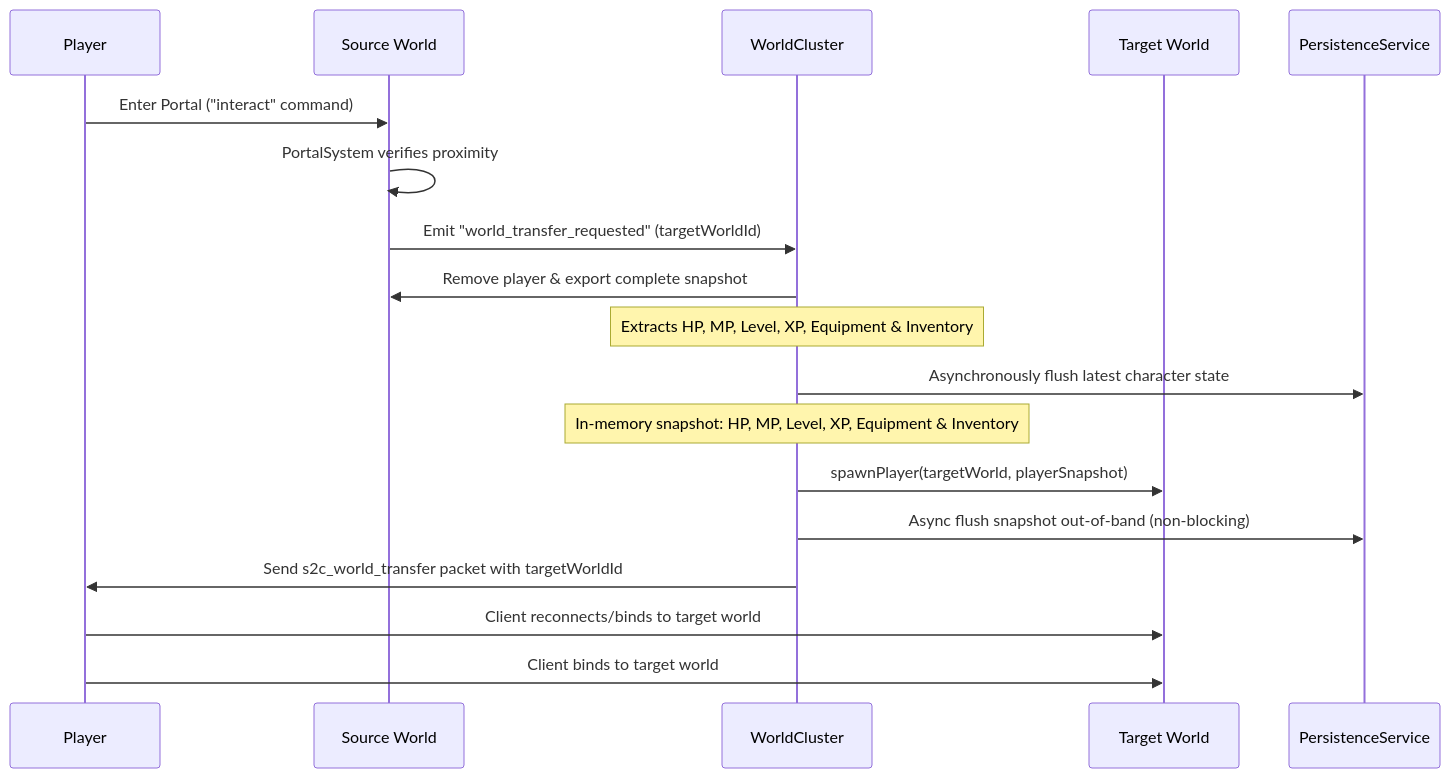
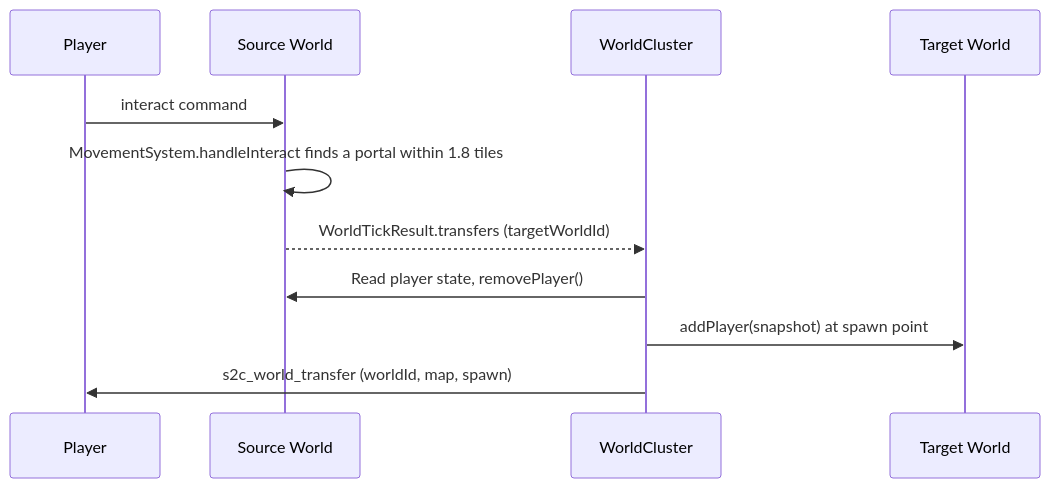
One commit to bigabig/mmoexile changed the third of 4 diagrams in docs/ARCHITECTURE.md. Above: the diagram before and after it, drawn with Mermaid. The commit also changed other lines of this file and 3 other files, not shown here.

First line of the commit message:
S0.8: Rewrite architecture doc and README for the new layout

````diff
--- a/docs/ARCHITECTURE.md
+++ b/docs/ARCHITECTURE.md
@@ -158,21 +158,14 @@
 ```mermaid
 sequenceDiagram
     participant Player
-    participant SourceWorld as Source World
+    participant Source as Source World
     participant Cluster as WorldCluster
-    participant TargetWorld as Target World
-    participant Persistence as PersistenceService
+    participant Target as Target World
 
-    Player->>SourceWorld: Enter Portal ("interact" command)
-    SourceWorld->>SourceWorld: PortalSystem verifies proximity
-    SourceWorld->>Cluster: Emit "world_transfer_requested" (targetWorldId)
-    Cluster->>SourceWorld: Remove player & export complete snapshot
-    Note over Cluster: Extracts HP, MP, Level, XP, Equipment & Inventory
-    Cluster->>Persistence: Asynchronously flush latest character state
-    Note over Cluster: In-memory snapshot: HP, MP, Level, XP, Equipment & Inventory
-    Cluster->>TargetWorld: spawnPlayer(targetWorld, playerSnapshot)
-    Cluster->>Persistence: Async flush snapshot out-of-band (non-blocking)
-    Cluster->>Player: Send s2c_world_transfer packet with targetWorldId
-    Player->>TargetWorld: Client reconnects/binds to target world
-    Player->>TargetWorld: Client binds to target world
+    Player->>Source: interact command
+    Source->>Source: MovementSystem.handleInteract finds a portal within 1.8 tiles
+    Source-->>Cluster: WorldTickResult.transfers (targetWorldId)
+    Cluster->>Source: Read player state, removePlayer()
+    Cluster->>Target: addPlayer(snapshot) at spawn point
+    Cluster->>Player: s2c_world_transfer (worldId, map, spawn)
 ```
````
